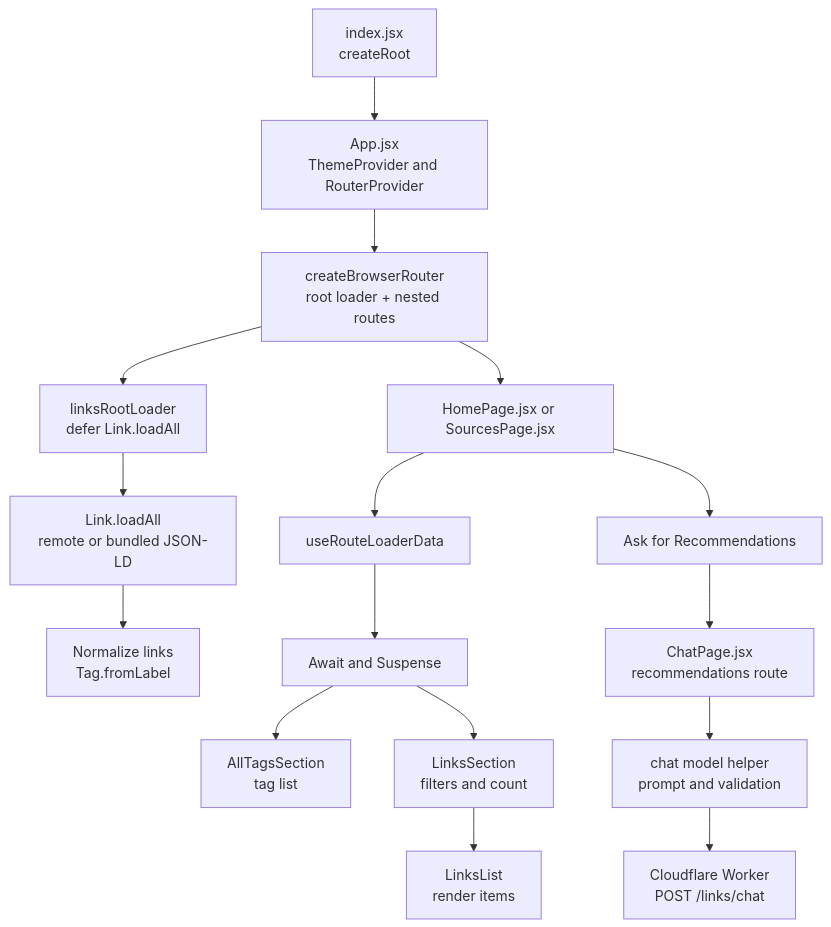
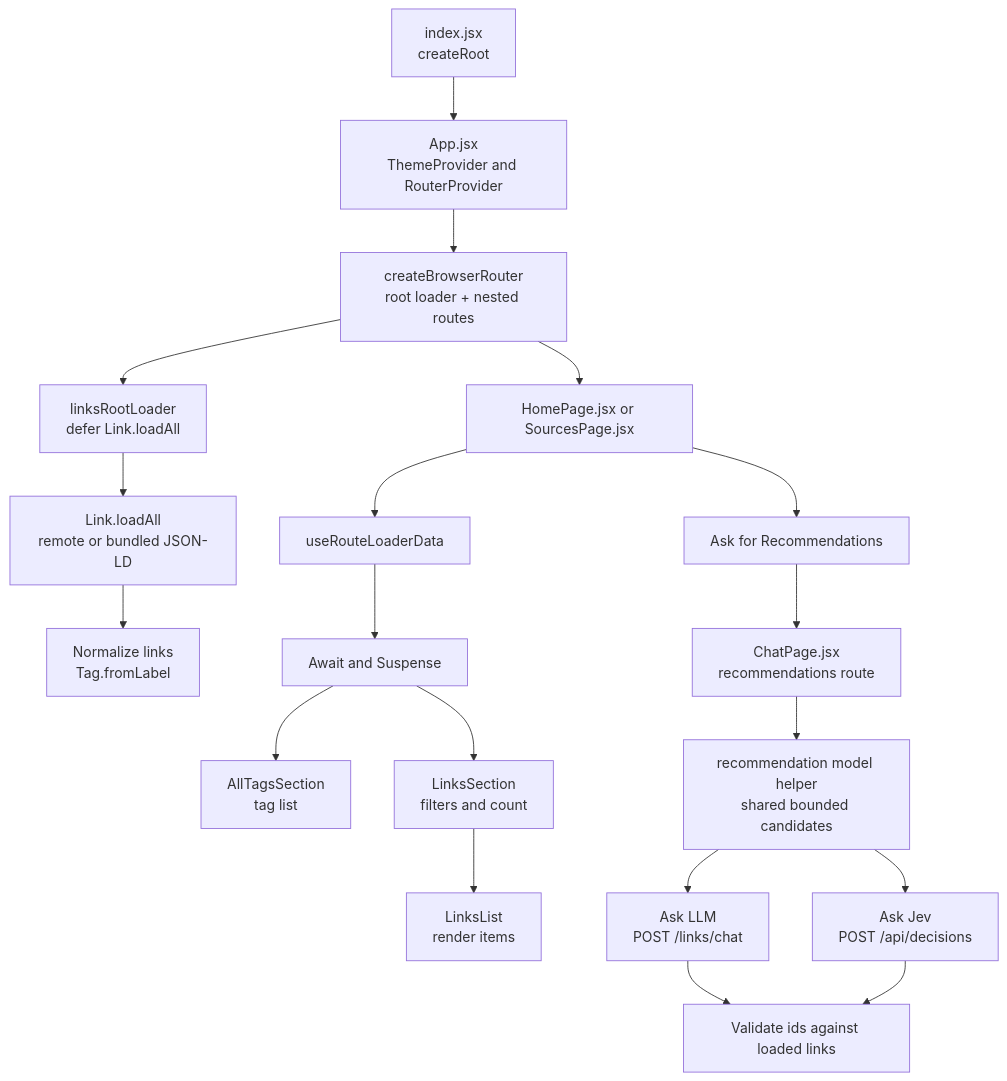
One commit to johnpfeiffer/links changed the diagram in README.md. Above: the diagram before and after it, drawn with Mermaid. The commit also changed other lines of this file and 17 other files, not shown here.

Commit message:
added a Ranked Recommendation button that uses system1 (jev) under the hood

````diff
--- a/README.md
+++ b/README.md
@@ -77,18 +77,21 @@
 ```mermaid
 flowchart TD
   A[index.jsx<br/>createRoot] --> B[App.jsx<br/>ThemeProvider and RouterProvider]
   B --> C[createBrowserRouter<br/>root loader + nested routes]
   C --> D[linksRootLoader<br/>defer Link.loadAll]
   D --> E[Link.loadAll<br/>remote or bundled JSON-LD]
   E --> F[Normalize links<br/>Tag.fromLabel]
   C --> G[HomePage.jsx or SourcesPage.jsx]
   G --> H[useRouteLoaderData]
   H --> I[Await and Suspense]
   I --> J[AllTagsSection<br/>tag list]
   I --> K[LinksSection<br/>filters and count]
   K --> L[LinksList<br/>render items]
   G --> M[Ask for Recommendations]
   M --> P[ChatPage.jsx<br/>recommendations route]
-  P --> N[chat model helper<br/>prompt and validation]
-  N --> O[Cloudflare Worker<br/>POST /links/chat]
+  P --> N[recommendation model helper<br/>shared bounded candidates]
+  N --> O[Ask LLM<br/>POST /links/chat]
+  N --> Q[Ask Jev<br/>POST /api/decisions]
+  O --> R[Validate ids against loaded links]
+  Q --> R
 ```
````
